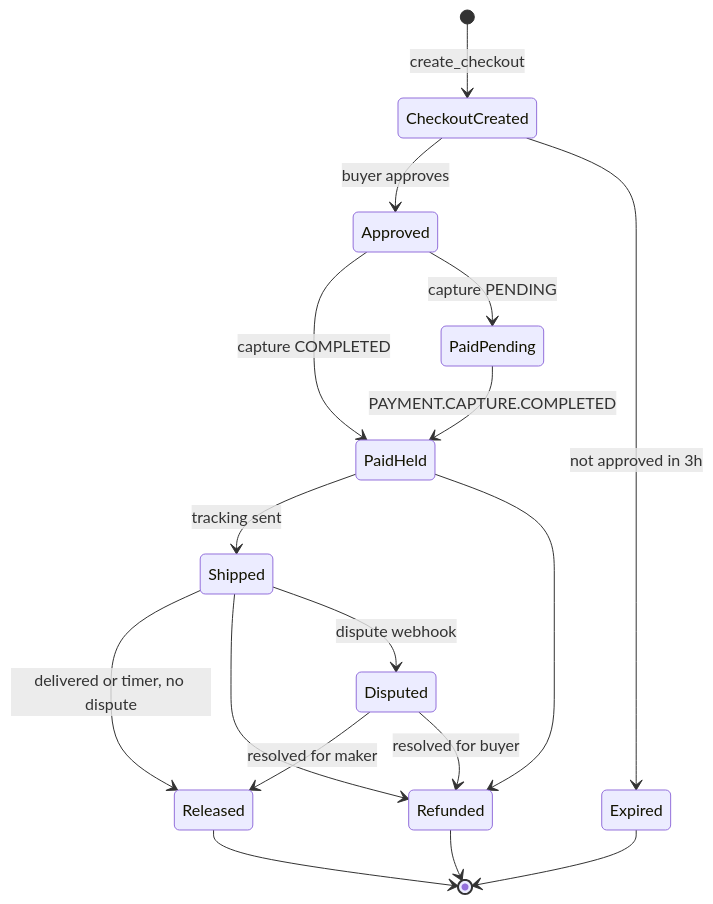
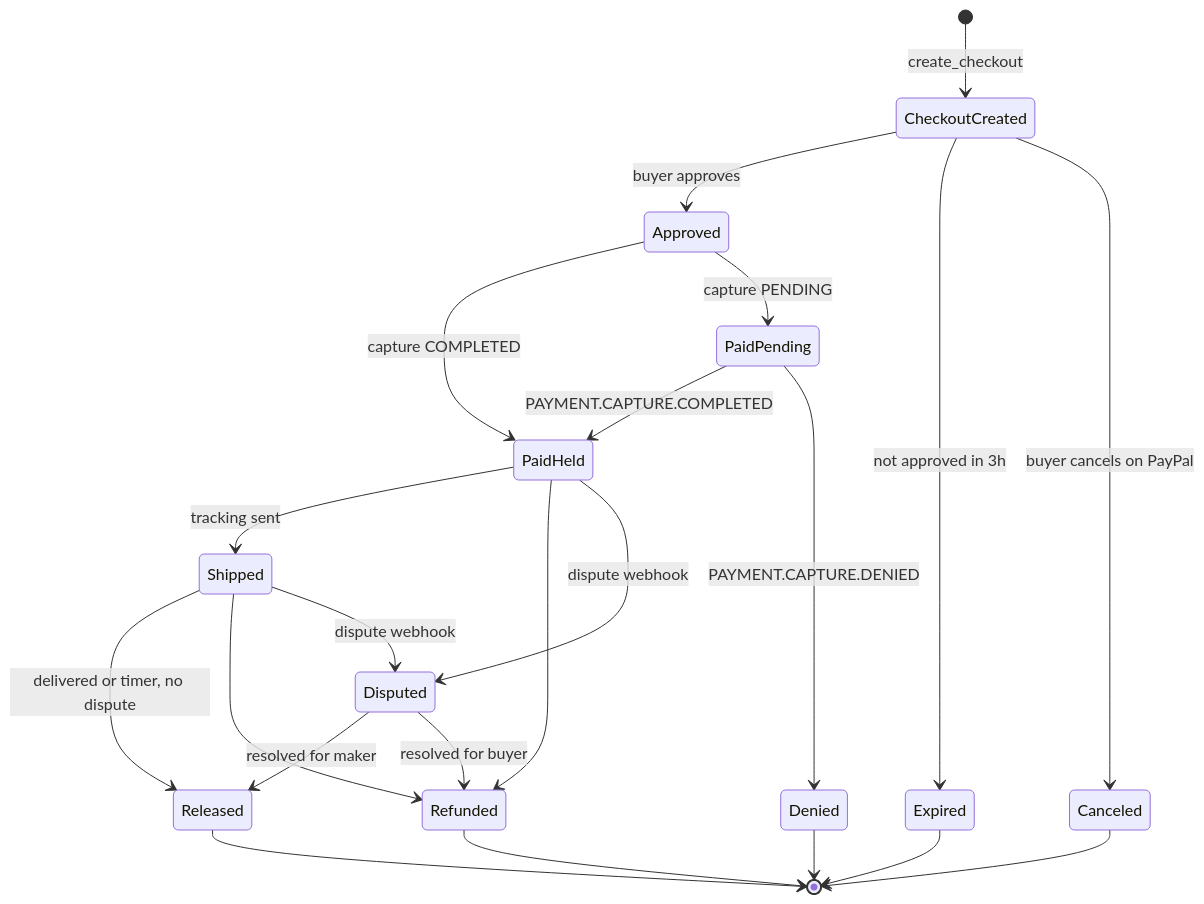
One commit to xeviert/counter-paypal-agent-commerce changed the ninth of 9 diagrams in docs/ARCHITECTURE.md. Above: the diagram before and after it, drawn with Mermaid. The commit also changed other lines of this file and 19 other files, not shown here.

First line of the commit message:
Add Drizzle schema, local Postgres and DB tests

````diff
--- a/docs/ARCHITECTURE.md
+++ b/docs/ARCHITECTURE.md
@@ -361,19 +362,24 @@
 ```mermaid
 stateDiagram-v2
   [*] --> CheckoutCreated: create_checkout
   CheckoutCreated --> Approved: buyer approves
   CheckoutCreated --> Expired: not approved in 3h
+  CheckoutCreated --> Canceled: buyer cancels on PayPal
   Approved --> PaidHeld: capture COMPLETED
   Approved --> PaidPending: capture PENDING
   PaidPending --> PaidHeld: PAYMENT.CAPTURE.COMPLETED
+  PaidPending --> Denied: PAYMENT.CAPTURE.DENIED
   PaidHeld --> Shipped: tracking sent
   Shipped --> Released: delivered or timer, no dispute
   PaidHeld --> Refunded
   Shipped --> Refunded
+  PaidHeld --> Disputed: dispute webhook
   Shipped --> Disputed: dispute webhook
   Disputed --> Released: resolved for maker
   Disputed --> Refunded: resolved for buyer
   Released --> [*]
   Refunded --> [*]
   Expired --> [*]
+  Canceled --> [*]
+  Denied --> [*]
 ```
````
